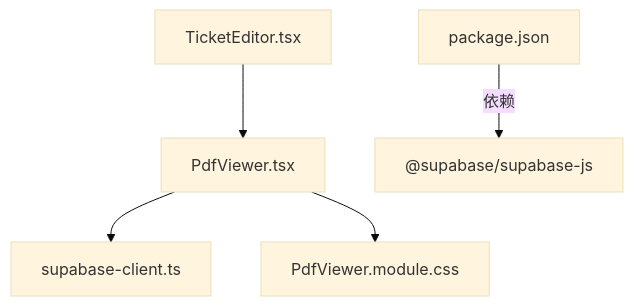
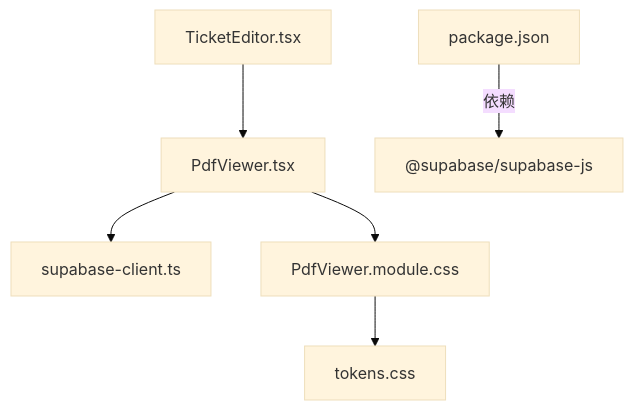
The first of 4 diagrams in .qoder/repowiki/zh/content/用户界面组件/PDF查看器组件.md (huangyilu/wanwuyishi), drawn with Mermaid (base theme) before and after one commit. The commit also changed other lines of this file and 108 other files, not shown here.

````diff
--- a/.qoder/repowiki/zh/content/用户界面组件/PDF查看器组件.md
+++ b/.qoder/repowiki/zh/content/用户界面组件/PDF查看器组件.md
@@ -29,7 +36,8 @@
 ```mermaid
 graph TB
 A["TicketEditor.tsx"] --> B["PdfViewer.tsx"]
 B --> C["supabase-client.ts"]
 B --> D["PdfViewer.module.css"]
 E["package.json"] --> |依赖| F["@supabase/supabase-js"]
+D --> G["tokens.css"]
 ```
````
